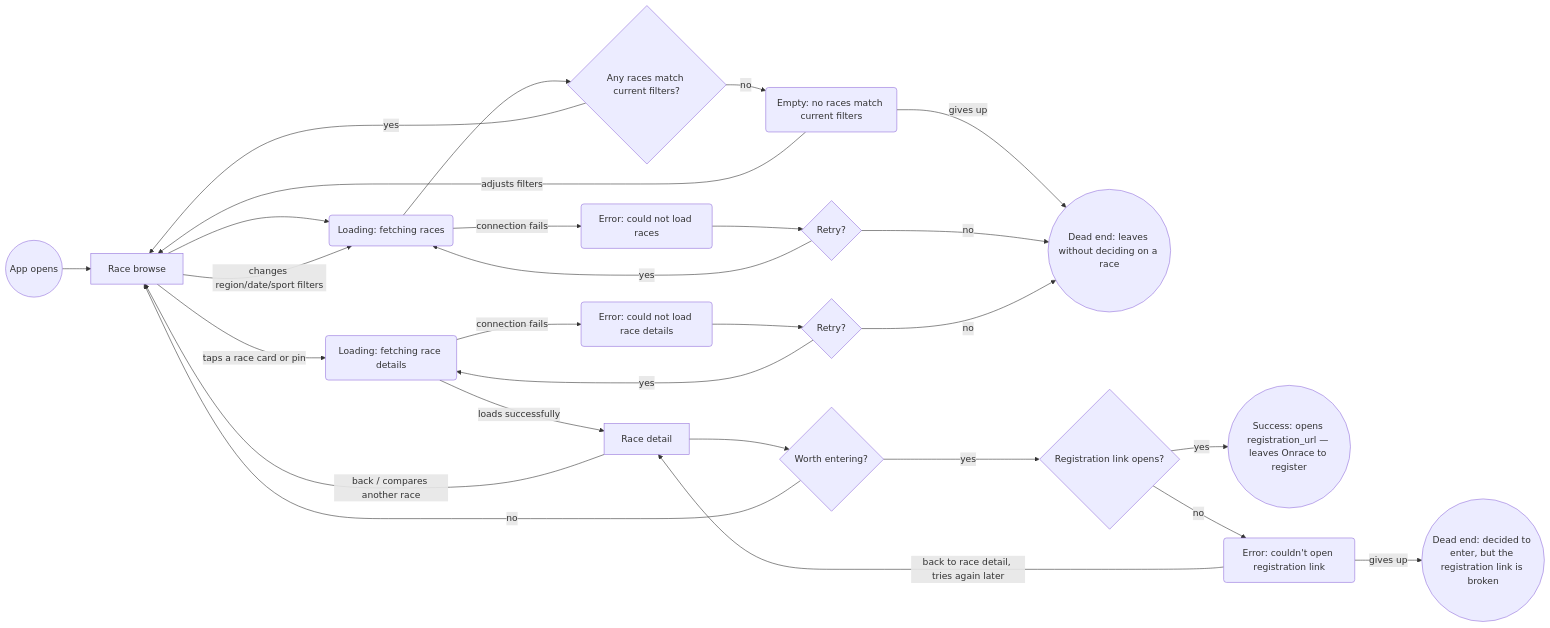
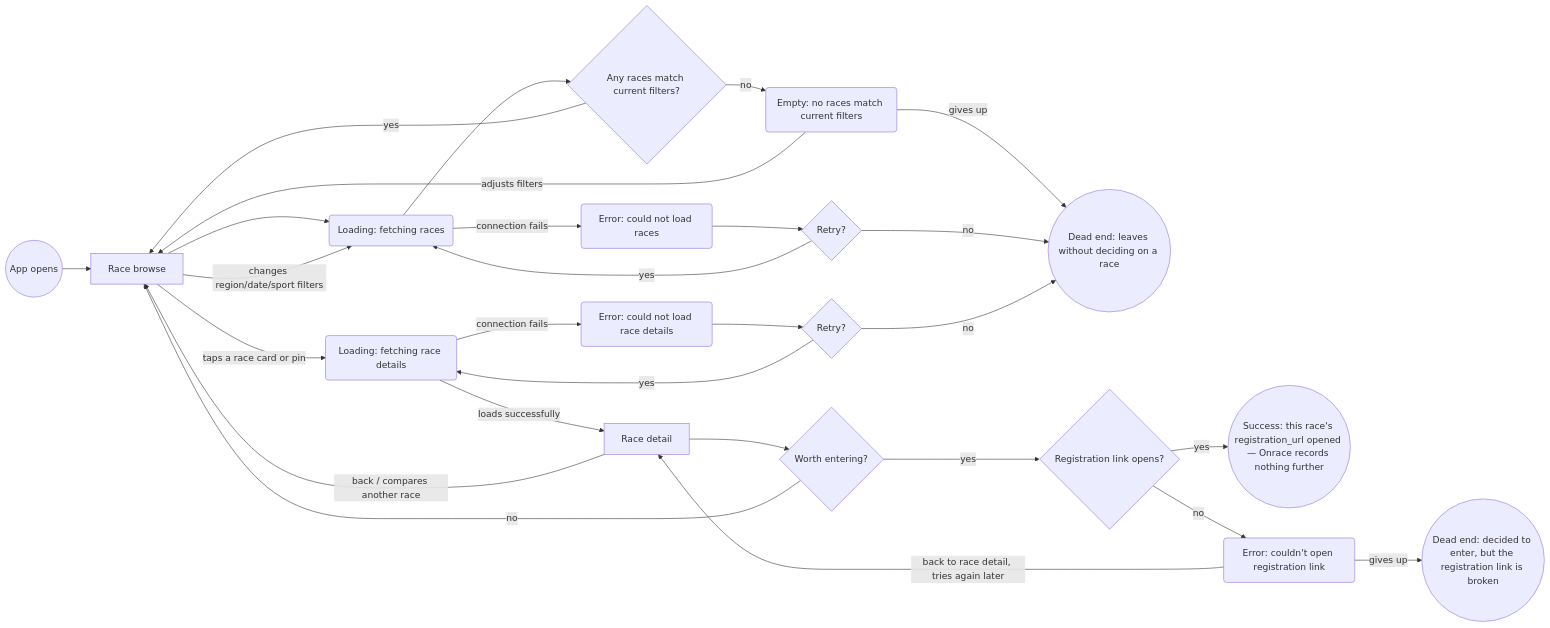
Before and after one commit to JuliaMakedonska/Onrace: the first of 3 diagrams in flows.md, drawn with Mermaid. The commit also changed other lines of this file, not shown here.

First line of the commit message:
Tighten success endpoints to verifiable conditions, not vague destinations

````diff
--- a/flows.md
+++ b/flows.md
@@ -54,29 +62,29 @@
 ```mermaid
 flowchart LR
     Start(("App opens")) --> Browse["Race browse"]
     Browse --> Loading("Loading: fetching races")
     Loading --> HasResults{"Any races match current filters?"}
     HasResults -->|"no"| Empty("Empty: no races match current filters")
     Empty -->|"adjusts filters"| Browse
     Empty -->|"gives up"| DeadEnd1(("Dead end: leaves without deciding on a race"))
     HasResults -->|"yes"| Browse
     Loading -->|"connection fails"| FetchError("Error: could not load races")
     FetchError --> FetchRetry{"Retry?"}
     FetchRetry -->|"yes"| Loading
     FetchRetry -->|"no"| DeadEnd1
     Browse -->|"changes region/date/sport filters"| Loading
     Browse -->|"taps a race card or pin"| DetailLoading("Loading: fetching race details")
     DetailLoading -->|"loads successfully"| Detail["Race detail"]
     DetailLoading -->|"connection fails"| DetailError("Error: could not load race details")
     DetailError --> DetailRetry{"Retry?"}
     DetailRetry -->|"yes"| DetailLoading
     DetailRetry -->|"no"| DeadEnd1
     Detail -->|"back / compares another race"| Browse
     Detail --> WantsToEnter{"Worth entering?"}
     WantsToEnter -->|"yes"| RegLinkCheck{"Registration link opens?"}
-    RegLinkCheck -->|"yes"| Success(("Success: opens registration_url — leaves Onrace to register"))
+    RegLinkCheck -->|"yes"| Success(("Success: this race's registration_url opened — Onrace records nothing further"))
     RegLinkCheck -->|"no"| RegLinkError("Error: couldn't open registration link")
     RegLinkError -->|"back to race detail, tries again later"| Detail
     RegLinkError -->|"gives up"| DeadEnd6(("Dead end: decided to enter, but the registration link is broken"))
     WantsToEnter -->|"no"| Browse
 ```
````
